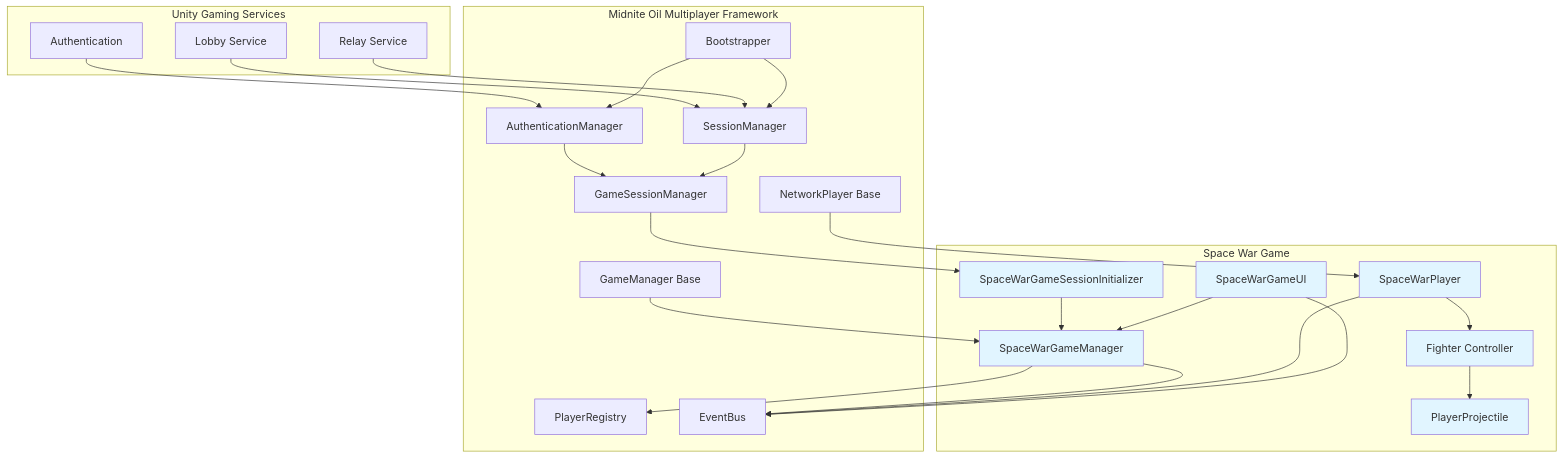
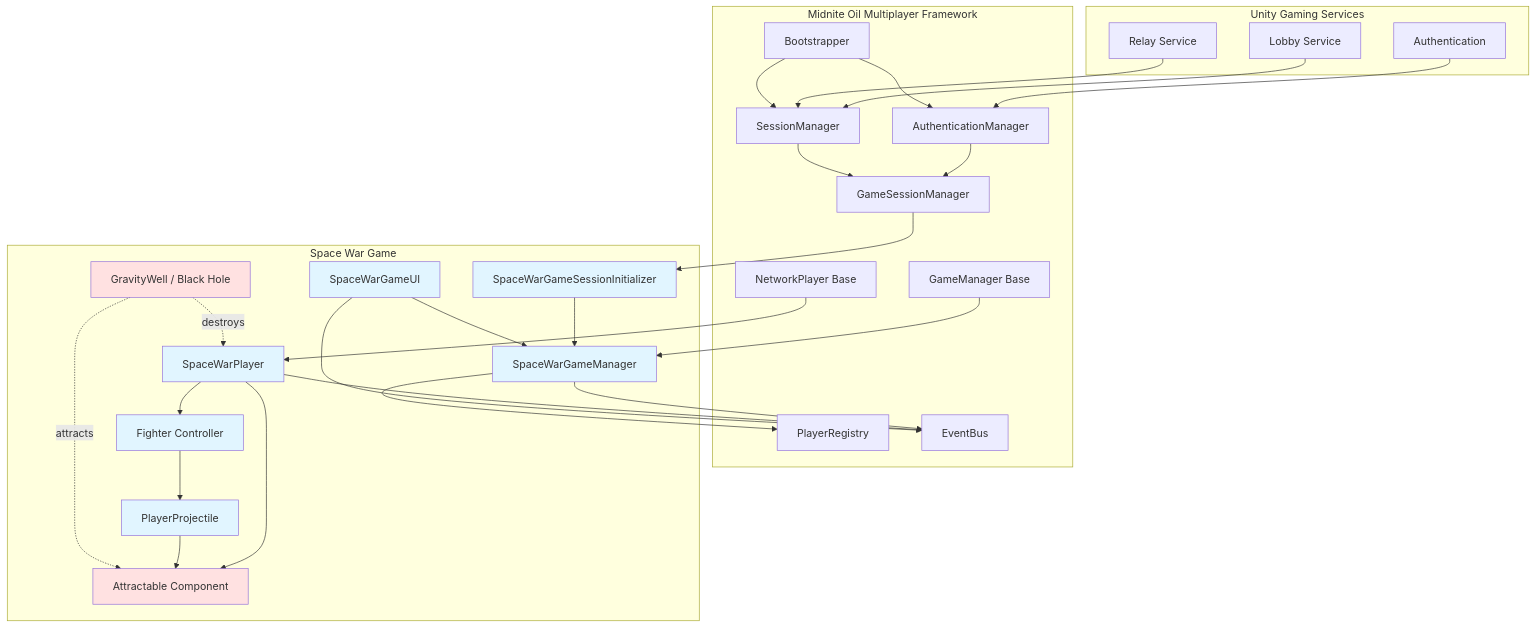
The first of 5 diagrams in Space-War.md (Midnite-Oil-Software-L-L-C/Architecture-Diagrams), drawn with Mermaid before and after one commit. The commit also changed other lines of this file, not shown here.

Commit message:
Add Black Hole environmental hazard and Attractable component for gravity interactions

````diff
--- a/Space-War.md
+++ b/Space-War.md
@@ -44,57 +45,65 @@
 ```mermaid
 graph TB
     subgraph "Unity Gaming Services"
         UGS_Auth[Authentication]
         UGS_Lobby[Lobby Service]
         UGS_Relay[Relay Service]
     end
     
     subgraph "Midnite Oil Multiplayer Framework"
         Bootstrap[Bootstrapper]
         AuthMgr[AuthenticationManager]
         SessionMgr[SessionManager]
         GameSessionMgr[GameSessionManager]
         PlayerRegistry[PlayerRegistry]
         GameMgr[GameManager Base]
         NetPlayer[NetworkPlayer Base]
         EventBus[EventBus]
     end
     
     subgraph "Space War Game"
         SWGameMgr[SpaceWarGameManager]
         SWPlayer[SpaceWarPlayer]
         Fighter[Fighter Controller]
         Projectile[PlayerProjectile]
+        GravityWell[GravityWell / Black Hole]
+        Attractable[Attractable Component]
         GameUI[SpaceWarGameUI]
         SessionInit[SpaceWarGameSessionInitializer]
     end
     
     UGS_Auth --> AuthMgr
     UGS_Lobby --> SessionMgr
     UGS_Relay --> SessionMgr
     
     Bootstrap --> AuthMgr
     Bootstrap --> SessionMgr
     AuthMgr --> GameSessionMgr
     SessionMgr --> GameSessionMgr
     GameSessionMgr --> SessionInit
     SessionInit --> SWGameMgr
     
     GameMgr --> SWGameMgr
     NetPlayer --> SWPlayer
     
     SWGameMgr --> PlayerRegistry
     SWGameMgr --> EventBus
     SWPlayer --> Fighter
+    SWPlayer --> Attractable
     SWPlayer --> EventBus
     Fighter --> Projectile
+    Projectile --> Attractable
+    GravityWell -.attracts.-> Attractable
+    GravityWell -.destroys.-> SWPlayer
     GameUI --> SWGameMgr
     GameUI --> EventBus
     
     style SWGameMgr fill:#e1f5ff
     style SWPlayer fill:#e1f5ff
     style Fighter fill:#e1f5ff
     style Projectile fill:#e1f5ff
+    style GravityWell fill:#ffe1e1
+    style Attractable fill:#ffe1e1
     style GameUI fill:#e1f5ff
     style SessionInit fill:#e1f5ff
 ```
````
